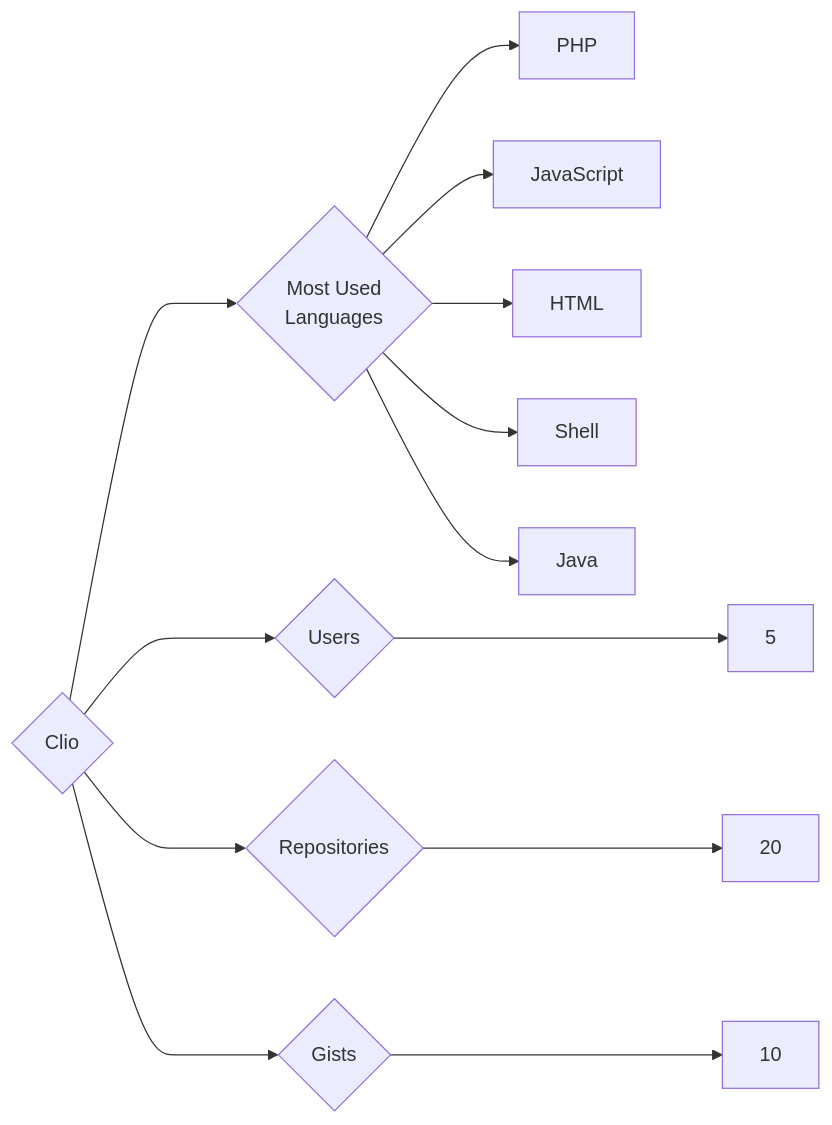
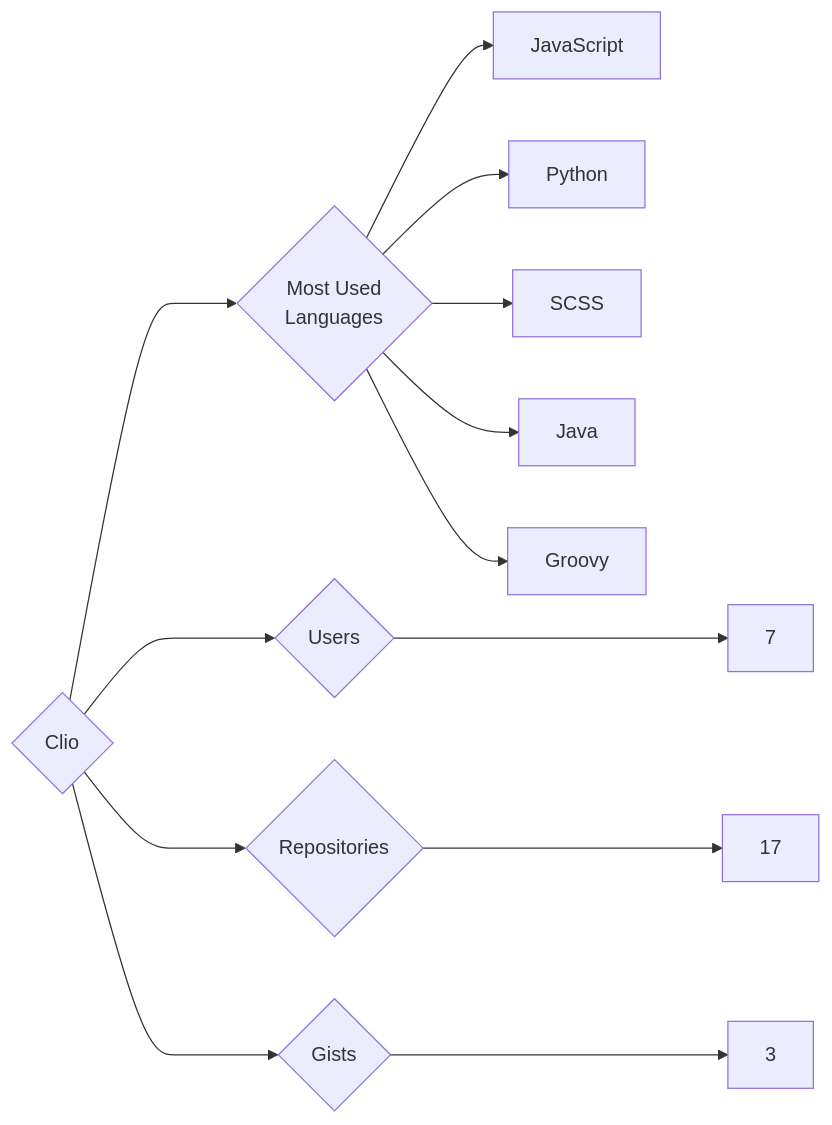
One commit to trickest/insiders changed the diagram in targets/Clio/README.md. Above: the diagram before and after it, drawn with Mermaid. The commit also changed 1055 other files, not shown here.

````diff
--- a/targets/Clio/README.md
+++ b/targets/Clio/README.md
@@ -3,13 +3,13 @@
 ```mermaid
 graph LR
 COMPANY_NAME{Clio}
-COMPANY_NAME ---> U{Users} ---> UN[5]
-COMPANY_NAME ---> R{Repositories} ---> RN[20]
-COMPANY_NAME ---> G{Gists} ---> GN[10]
+COMPANY_NAME ---> U{Users} ---> UN[7]
+COMPANY_NAME ---> R{Repositories} ---> RN[17]
+COMPANY_NAME ---> G{Gists} ---> GN[3]
 COMPANY_NAME ---> ML{Most Used<br>Languages}
-ML --> PHP[PHP]
 ML --> JavaScript[JavaScript]
-ML --> HTML[HTML]
-ML --> Shell[Shell]
+ML --> Python[Python]
+ML --> SCSS[SCSS]
 ML --> Java[Java]
+ML --> Groovy[Groovy]
 ```
````
